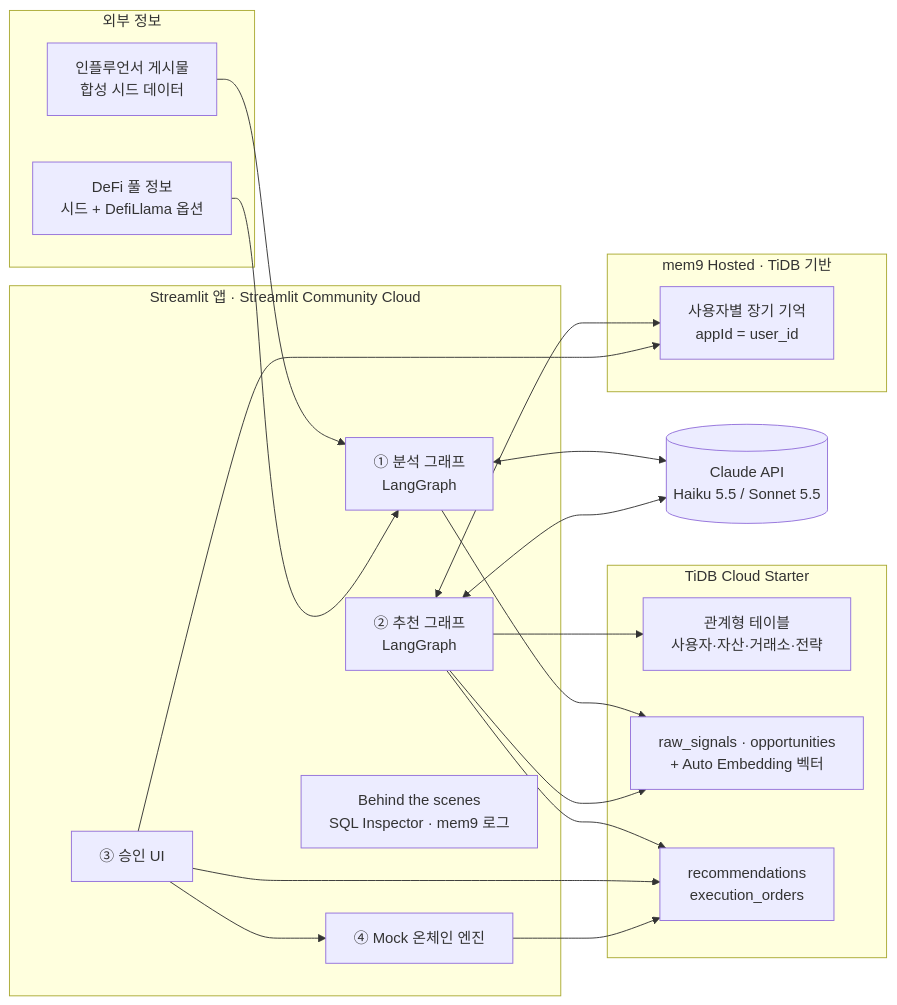
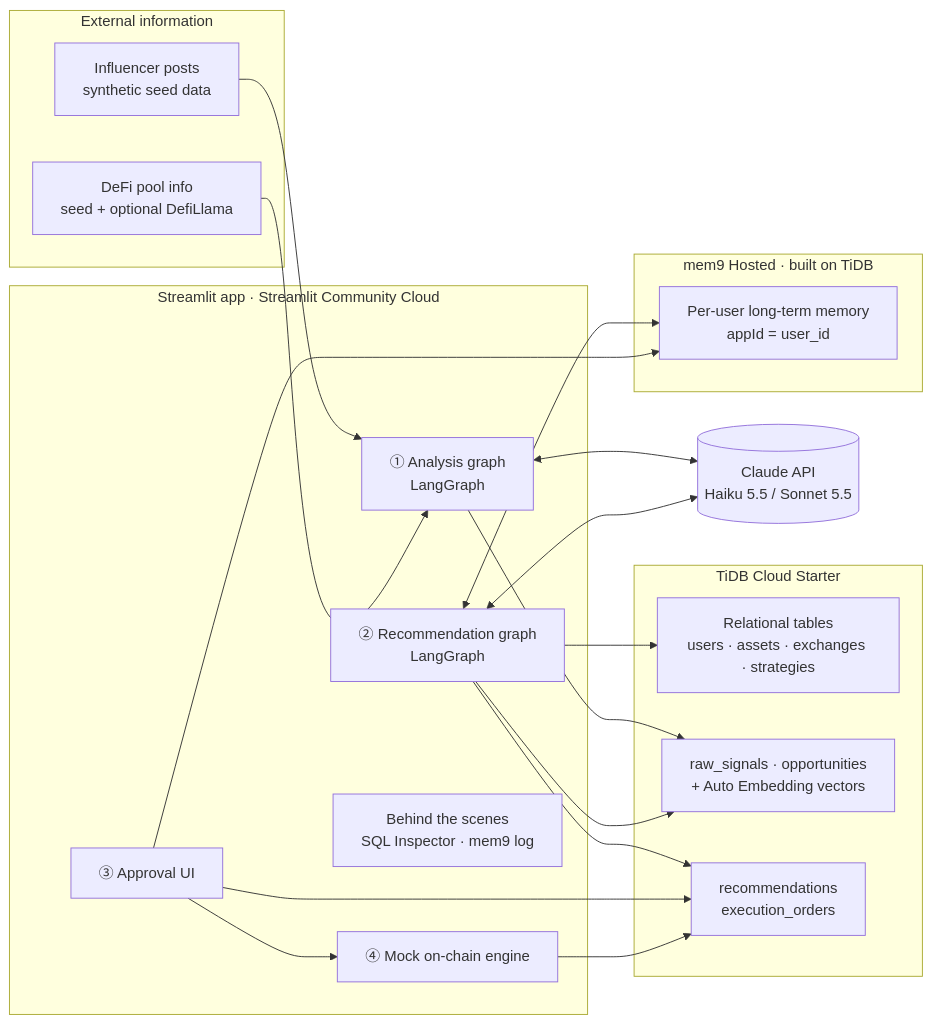
The first of 4 diagrams in docs/ARCHITECTURE.md (pdkajonpai-thai/tidb-mem9-demo), drawn with Mermaid before and after one commit. The commit also changed other lines of this file and 37 other files, not shown here.

First line of the commit message:
Translate code comments, docstrings, README and ARCHITECTURE.md to English

````diff
--- a/docs/ARCHITECTURE.md
+++ b/docs/ARCHITECTURE.md
@@ -193,41 +193,41 @@
 ```mermaid
 flowchart LR
-  subgraph EXT[외부 정보]
-    S1[인플루언서 게시물<br/>합성 시드 데이터]
-    S2[DeFi 풀 정보<br/>시드 + DefiLlama 옵션]
+  subgraph EXT[External information]
+    S1[Influencer posts<br/>synthetic seed data]
+    S2[DeFi pool info<br/>seed + optional DefiLlama]
   end
 
-  subgraph APP[Streamlit 앱 · Streamlit Community Cloud]
-    A1[① 분석 그래프<br/>LangGraph]
-    A2[② 추천 그래프<br/>LangGraph]
-    A3[③ 승인 UI]
-    A4[④ Mock 온체인 엔진]
-    INS[Behind the scenes<br/>SQL Inspector · mem9 로그]
+  subgraph APP[Streamlit app · Streamlit Community Cloud]
+    A1[① Analysis graph<br/>LangGraph]
+    A2[② Recommendation graph<br/>LangGraph]
+    A3[③ Approval UI]
+    A4[④ Mock on-chain engine]
+    INS[Behind the scenes<br/>SQL Inspector · mem9 log]
   end
 
   LLM[(Claude API<br/>Haiku 5.5 / Sonnet 5.5)]
 
   subgraph TIDB[TiDB Cloud Starter]
-    T1[관계형 테이블<br/>사용자·자산·거래소·전략]
-    T2[raw_signals · opportunities<br/>+ Auto Embedding 벡터]
+    T1[Relational tables<br/>users · assets · exchanges · strategies]
+    T2[raw_signals · opportunities<br/>+ Auto Embedding vectors]
     T3[recommendations<br/>execution_orders]
   end
 
-  subgraph MEM9[mem9 Hosted · TiDB 기반]
-    M1[사용자별 장기 기억<br/>appId = user_id]
+  subgraph MEM9[mem9 Hosted · built on TiDB]
+    M1[Per-user long-term memory<br/>appId = user_id]
   end
 
   S1 --> A1
   S2 --> A1
   A1 <--> LLM
   A1 --> T2
   A2 --> T1
   A2 --> T2
   A2 <--> M1
   A2 <--> LLM
   A2 --> T3
   A3 --> T3
   A3 --> M1
   A3 --> A4
   A4 --> T3
 ```
````
